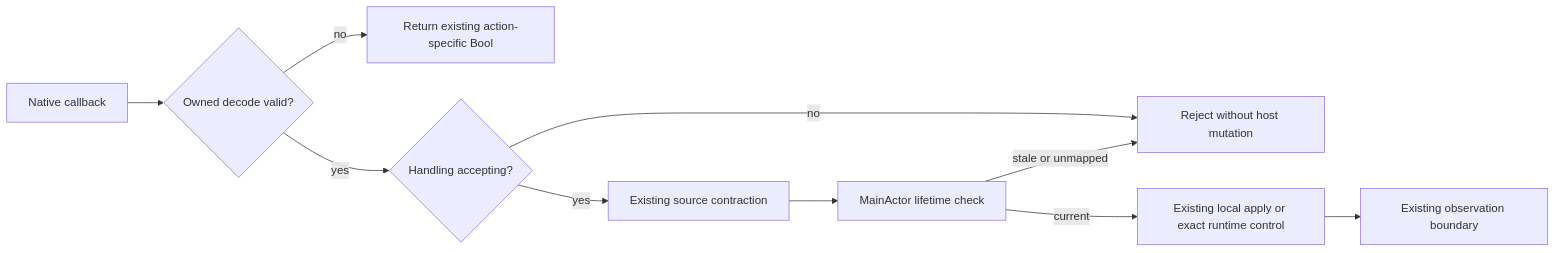
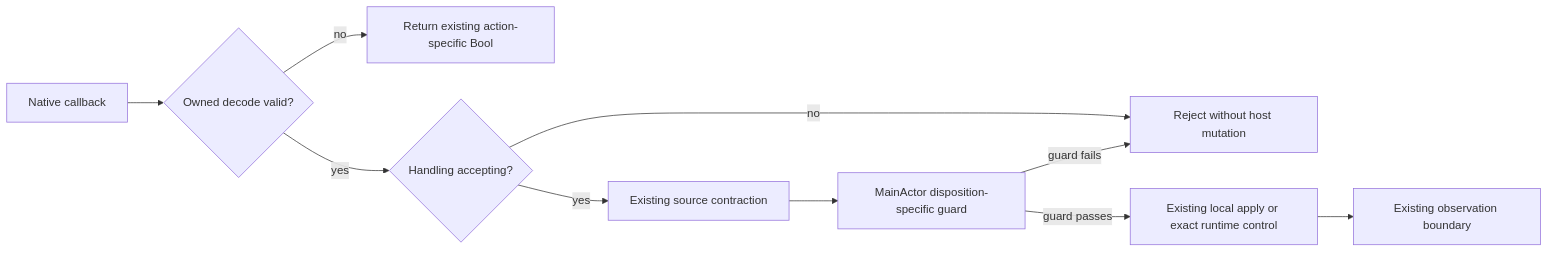
One commit to getagentstudio/agentstudio changed the fifth of 6 diagrams in docs/specs/2026-10-02-composition-root-di/2026-10-06-composition-root-di-program-design.md. Above: the diagram before and after it, drawn with Mermaid. The commit also changed other lines of this file and 3 other files, not shown here.

````diff
--- a/docs/specs/2026-10-02-composition-root-di/2026-10-06-composition-root-di-program-design.md
+++ b/docs/specs/2026-10-02-composition-root-di/2026-10-06-composition-root-di-program-design.md
@@ -393,12 +559,12 @@
 ```mermaid
 flowchart LR
     callback[Native callback] --> decode{Owned decode valid?}
     decode -->|no| native[Return existing action-specific Bool]
     decode -->|yes| admission{Handling accepting?}
     admission -->|no| drop[Reject without host mutation]
     admission -->|yes| contraction[Existing source contraction]
-    contraction --> adapter[MainActor lifetime check]
-    adapter -->|stale or unmapped| drop
-    adapter -->|current| effect[Existing local apply or exact runtime control]
+    contraction --> adapter[MainActor disposition-specific guard]
+    adapter -->|guard fails| drop
+    adapter -->|guard passes| effect[Existing local apply or exact runtime control]
     effect --> diagnostics[Existing observation boundary]
 ```
````
